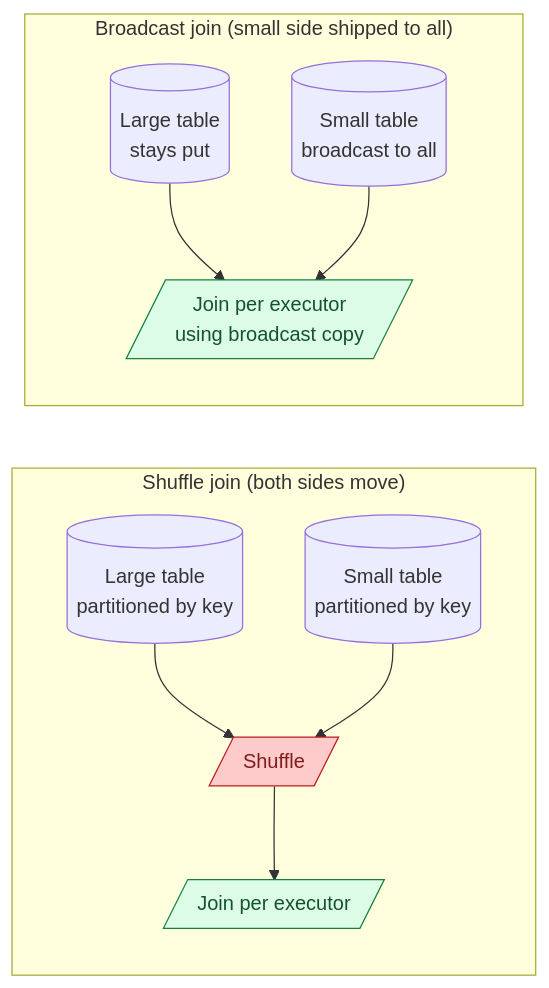
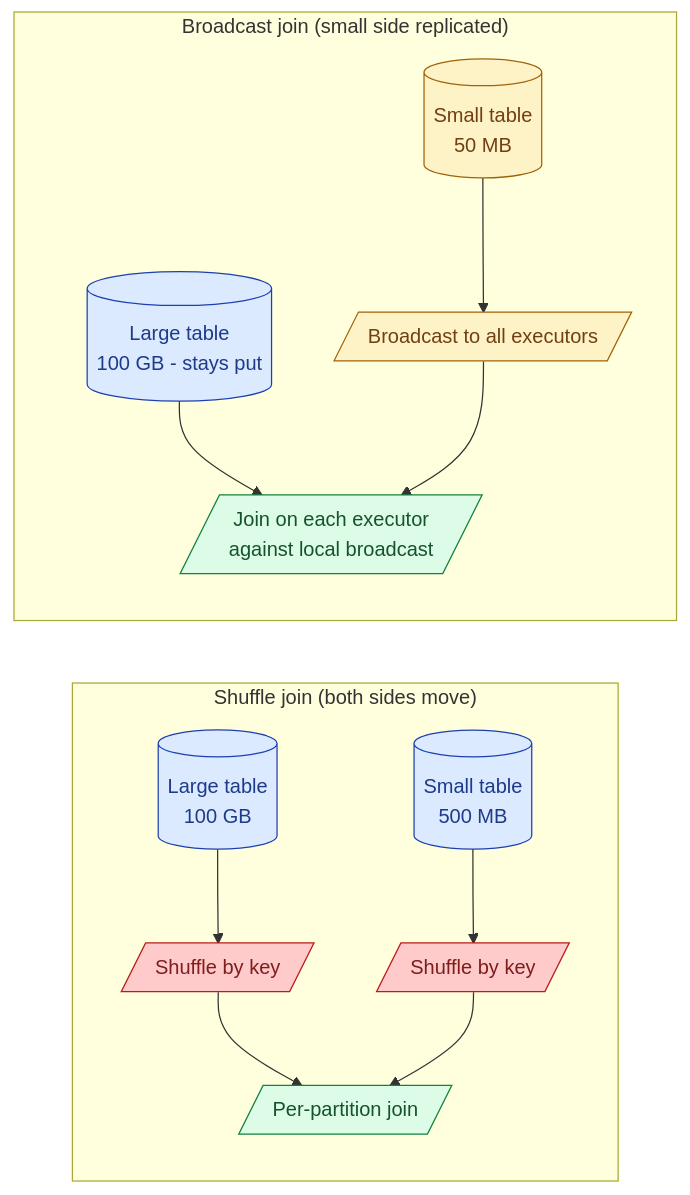
The first of 2 diagrams in _de_concepts/030-broadcast-vs-shuffle-joins.md (shiningflash/shiningflash.github.io), drawn with Mermaid before and after one commit. The commit also changed other lines of this file and 69 other files, not shown here.

````diff
--- a/_de_concepts/030-broadcast-vs-shuffle-joins.md
+++ b/_de_concepts/030-broadcast-vs-shuffle-joins.md
@@ -12,15 +14,18 @@
 ```mermaid
 flowchart LR
     subgraph S["Shuffle join (both sides move)"]
-        L1[("Large table<br/>partitioned by key")] --> Sh[/"Shuffle"/]:::n
-        R1[("Small table<br/>partitioned by key")] --> Sh
-        Sh --> J1[/"Join per executor"/]:::g
+        L1[("Large table<br/>100 GB")]:::a --> SL[/"Shuffle by key"/]:::r
+        R1[("Small table<br/>500 MB")]:::a --> SR[/"Shuffle by key"/]:::r
+        SL --> J1[/"Per-partition join"/]:::g
+        SR --> J1
     end
-    subgraph B["Broadcast join (small side shipped to all)"]
-        L2[("Large table<br/>stays put")] --> J2[/"Join per executor<br/>using broadcast copy"/]:::g
-        R2[("Small table<br/>broadcast to all")] --> J2
+    subgraph B["Broadcast join (small side replicated)"]
+        L2[("Large table<br/>100 GB - stays put")]:::a --> J2[/"Join on each executor<br/>against local broadcast"/]:::g
+        R2[("Small table<br/>50 MB")]:::y --> BC[/"Broadcast to all executors"/]:::y --> J2
     end
 
-    classDef n fill:#fecaca,stroke:#b91c1c,color:#7f1d1d
+    classDef a fill:#dbeafe,stroke:#1e40af,color:#1e3a8a
+    classDef y fill:#fef3c7,stroke:#a16207,color:#713f12
     classDef g fill:#dcfce7,stroke:#15803d,color:#14532d
+    classDef r fill:#fecaca,stroke:#b91c1c,color:#7f1d1d
 ```
````
